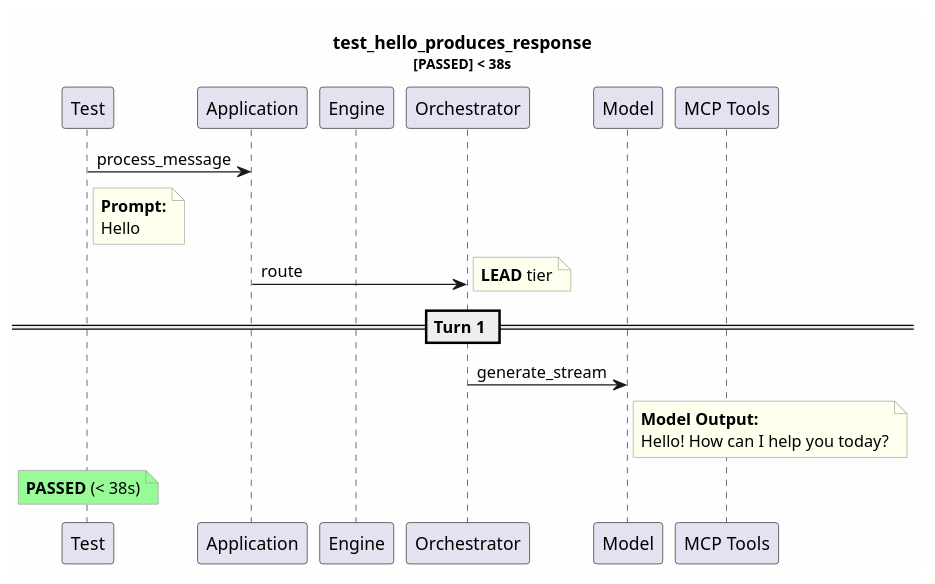
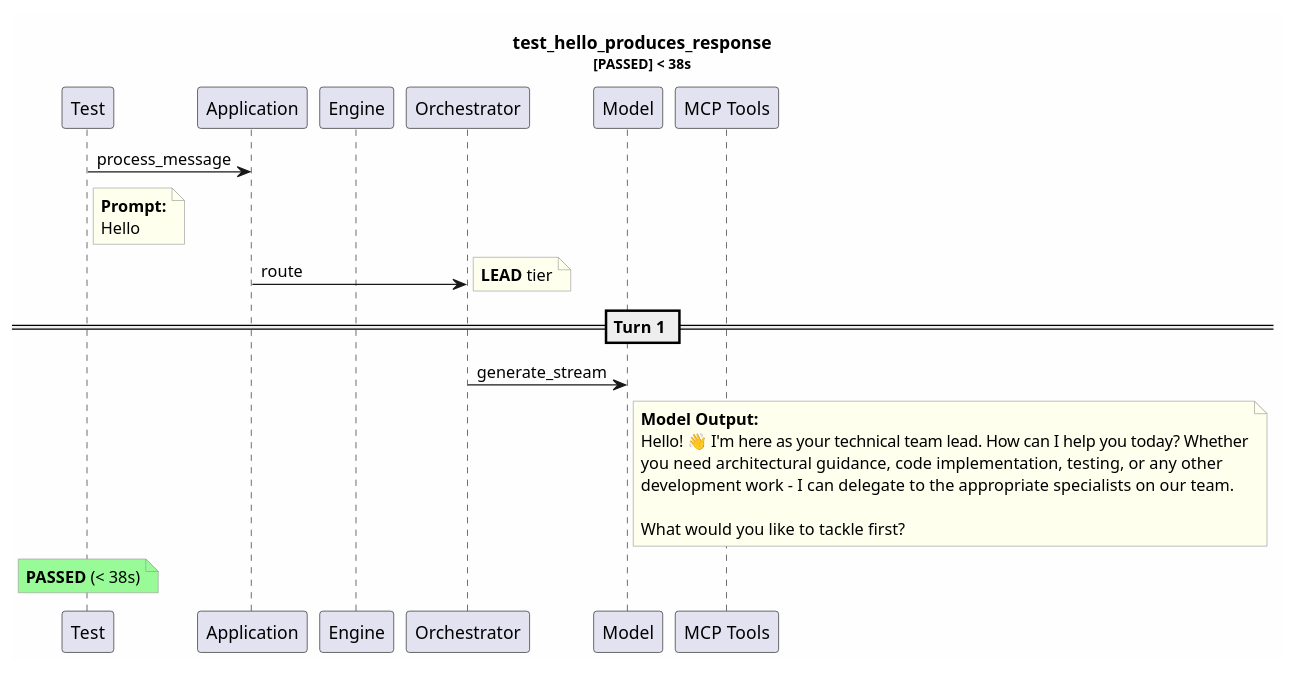
The diagram in test-reports/logs/test_hello_produces_response/test_hello_produces_response.puml (tvanfossen/entropic), drawn with PlantUML before and after one commit. The commit also changed 10 other files, not shown here.

```diff
--- a/test-reports/logs/test_hello_produces_response/test_hello_produces_response.puml
+++ b/test-reports/logs/test_hello_produces_response/test_hello_produces_response.puml
@@ -1,31 +1,35 @@
 @startuml
 skinparam backgroundColor #FEFEFE
 skinparam noteBorderColor #999999
 skinparam noteBackgroundColor #FFFFEE
 title test_hello_produces_response\n<size:11>[PASSED] < 38s</size>
 
 participant "Test" as T
 participant "Application" as App
 participant "Engine" as Eng
 participant "Orchestrator" as Orch
 participant "Model" as Mdl
 participant "MCP Tools" as MCP
 
 T -> App: process_message
 note right of T
   **Prompt:**
   Hello
 end note
 App -> Orch: route
 note right: **LEAD** tier
 == Turn 1 ==
 Orch -> Mdl: generate_stream
 note right of Mdl
   **Model Output:**
-  Hello! How can I help you today?
+  Hello! 👋 I'm here as your technical team lead. How can I help you today? Whether
+  you need architectural guidance, code implementation, testing, or any other 
+  development work - I can delegate to the appropriate specialists on our team.
+  
+  What would you like to tackle first?
 end note
 note over T #palegreen
   **PASSED** (< 38s)
 end note
 
 @enduml
```
